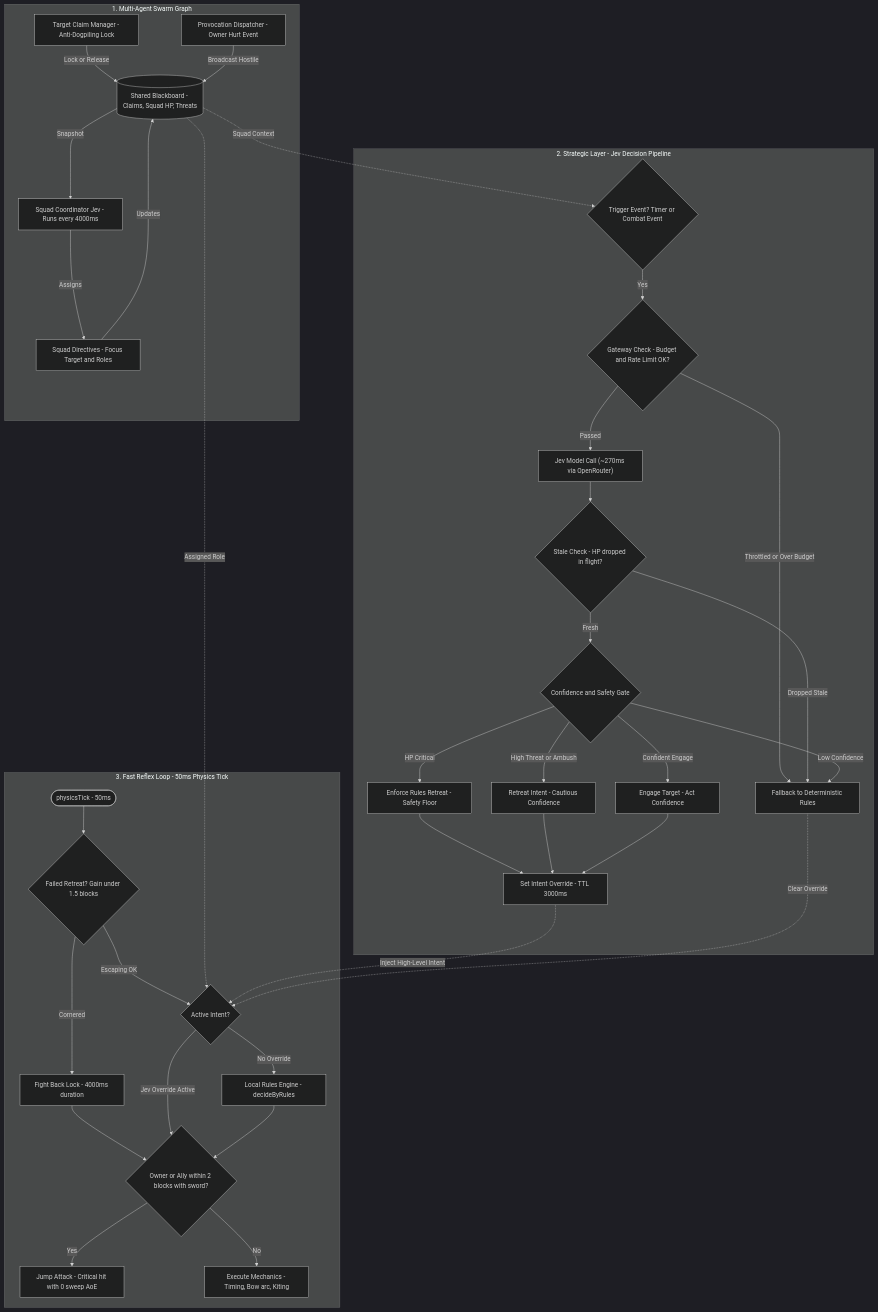
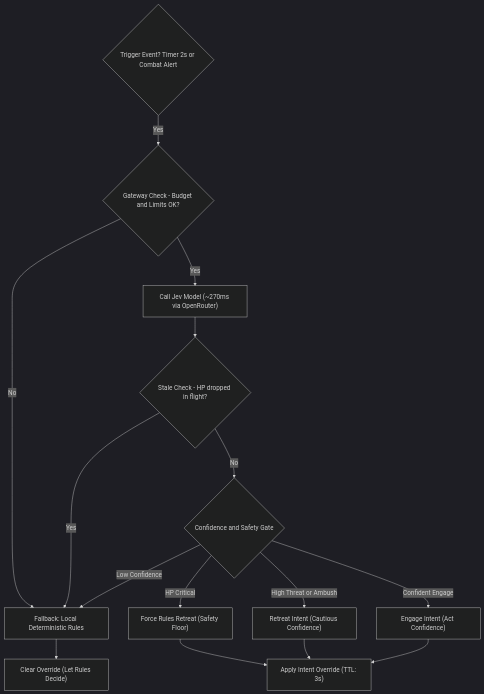
Before and after one commit to balamuru/mc-jev: the third of 4 diagrams in docs/blog-post.md, drawn with Mermaid (dark theme). The commit also changed other lines of this file, not shown here.

Commit message:
Refactor blog post content: enhance clarity and update flowchart diagrams for multi-agent coordination

````diff
--- a/docs/blog-post.md
+++ b/docs/blog-post.md
@@ -57,73 +114,21 @@
 ```mermaid
 flowchart TD
-    subgraph SquadCoord ["1. Multi-Agent Swarm Graph"]
-        BB[("Shared Blackboard - Claims, Squad HP, Threats")]
-        Coord["Squad Coordinator Jev - Runs every 4000ms"]
-        Directives["Squad Directives - Focus Target and Roles"]
-        Claims["Target Claim Manager - Anti-Dogpiling Lock"]
-        Provocation["Provocation Dispatcher - Owner Hurt Event"]
+    Trigger{"Trigger Event? Timer 2s or Combat Alert"} -->|Yes| Gate{"Gateway Check - Budget and Limits OK?"}
+    
+    Gate -->|No| RulesFallback["Fallback: Local Deterministic Rules"]
+    Gate -->|Yes| JevCall["Call Jev Model (~270ms via OpenRouter)"]
 
-        BB -->|Snapshot| Coord
-        Coord -->|Assigns| Directives
-        Directives -->|Updates| BB
-        Claims -->|Lock or Release| BB
-        Provocation -->|Broadcast Hostile| BB
-    end
+    JevCall --> Stale{"Stale Check - HP dropped in flight?"}
+    Stale -->|Yes| RulesFallback
+    Stale -->|No| Policy{"Confidence and Safety Gate"}
 
-    subgraph StrategicBrain ["2. Strategic Layer - Jev Decision Pipeline"]
-        Trigger{"Trigger Event? Timer or Combat Event"}
-        GatewayCheck{"Gateway Check - Budget and Rate Limit OK?"}
-        JevCall["Jev Model Call (~270ms via OpenRouter)"]
-        StaleCheck{"Stale Check - HP dropped in flight?"}
-        PolicyGate{"Confidence and Safety Gate"}
-        SetOverride["Set Intent Override - TTL 3000ms"]
-        RulesFallback["Fallback to Deterministic Rules"]
-        HardRetreat["Enforce Rules Retreat - Safety Floor"]
-        JevRetreat["Retreat Intent - Cautious Confidence"]
-        JevEngage["Engage Target - Act Confidence"]
+    Policy -->|HP Critical| EnforceRetreat["Force Rules Retreat (Safety Floor)"]
+    Policy -->|High Threat or Ambush| JevRetreat["Retreat Intent (Cautious Confidence)"]
+    Policy -->|Confident Engage| JevEngage["Engage Intent (Act Confidence)"]
+    Policy -->|Low Confidence| RulesFallback
 
-        Trigger -->|Yes| GatewayCheck
-        GatewayCheck -->|Passed| JevCall
-        GatewayCheck -->|Throttled or Over Budget| RulesFallback
-        JevCall --> StaleCheck
-        StaleCheck -->|Fresh| PolicyGate
-        StaleCheck -->|Dropped Stale| RulesFallback
-
-        PolicyGate -->|HP Critical| HardRetreat
-        PolicyGate -->|High Threat or Ambush| JevRetreat
-        PolicyGate -->|Confident Engage| JevEngage
-        PolicyGate -->|Low Confidence| RulesFallback
-
-        HardRetreat --> SetOverride
-        JevRetreat --> SetOverride
-        JevEngage --> SetOverride
-    end
-
-    subgraph ReflexKinematics ["3. Fast Reflex Loop - 50ms Physics Tick"]
-        Tick(["physicsTick - 50ms"])
-        RetreatGain{"Failed Retreat? Gain under 1.5 blocks"}
-        FightBackLock["Fight Back Lock - 4000ms duration"]
-        ResolveActive{"Active Intent?"}
-        FriendlyProximity{"Owner or Ally within 2 blocks with sword?"}
-        JumpCrit["Jump Attack - Critical hit with 0 sweep AoE"]
-        ExecKinematics["Execute Mechanics - Timing, Bow arc, Kiting"]
-        EvalLocalRules["Local Rules Engine - decideByRules"]
-
-        Tick --> RetreatGain
-        RetreatGain -->|Cornered| FightBackLock
-        RetreatGain -->|Escaping OK| ResolveActive
-        FightBackLock --> FriendlyProximity
-
-        ResolveActive -->|Jev Override Active| FriendlyProximity
-        ResolveActive -->|No Override| EvalLocalRules
-        EvalLocalRules --> FriendlyProximity
-
-        FriendlyProximity -->|Yes| JumpCrit
-        FriendlyProximity -->|No| ExecKinematics
-    end
-
-    BB -.->|Squad Context| Trigger
-    BB -.->|Assigned Role| ResolveActive
-    SetOverride -.->|Inject High-Level Intent| ResolveActive
-    RulesFallback -.->|Clear Override| ResolveActive
+    EnforceRetreat --> Apply["Apply Intent Override (TTL: 3s)"]
+    JevRetreat --> Apply
+    JevEngage --> Apply
+    RulesFallback --> Clear["Clear Override (Let Rules Decide)"]
 ```
````
